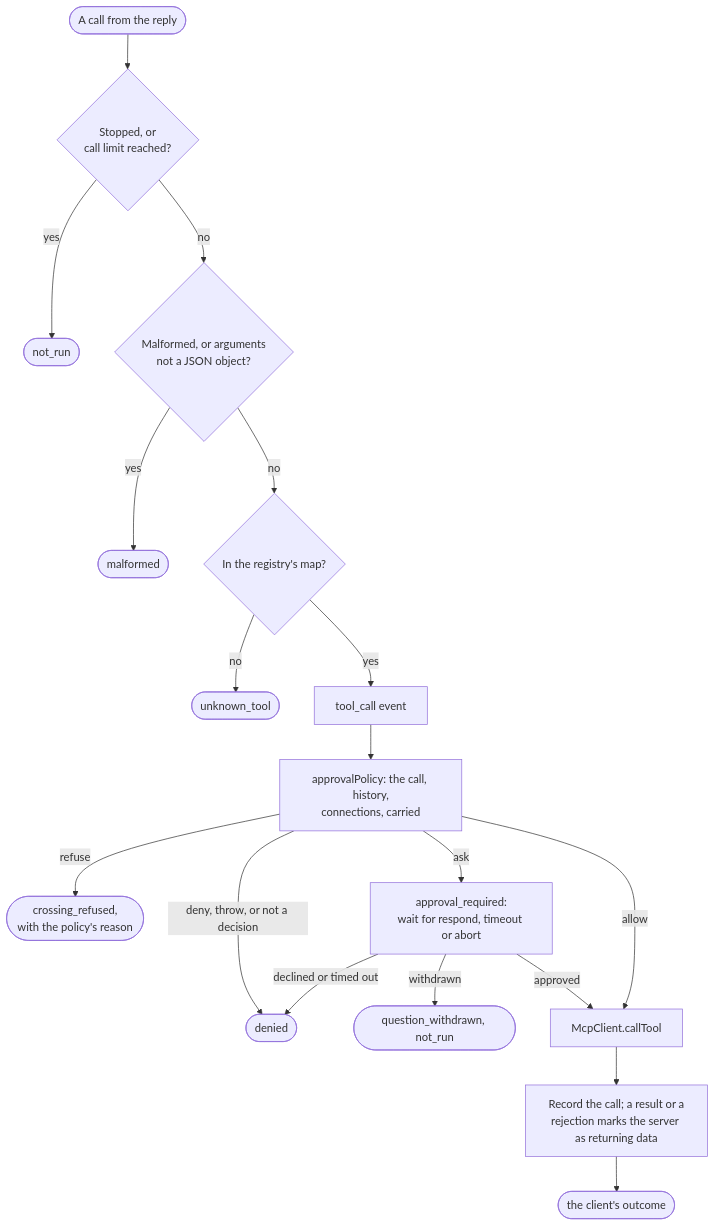
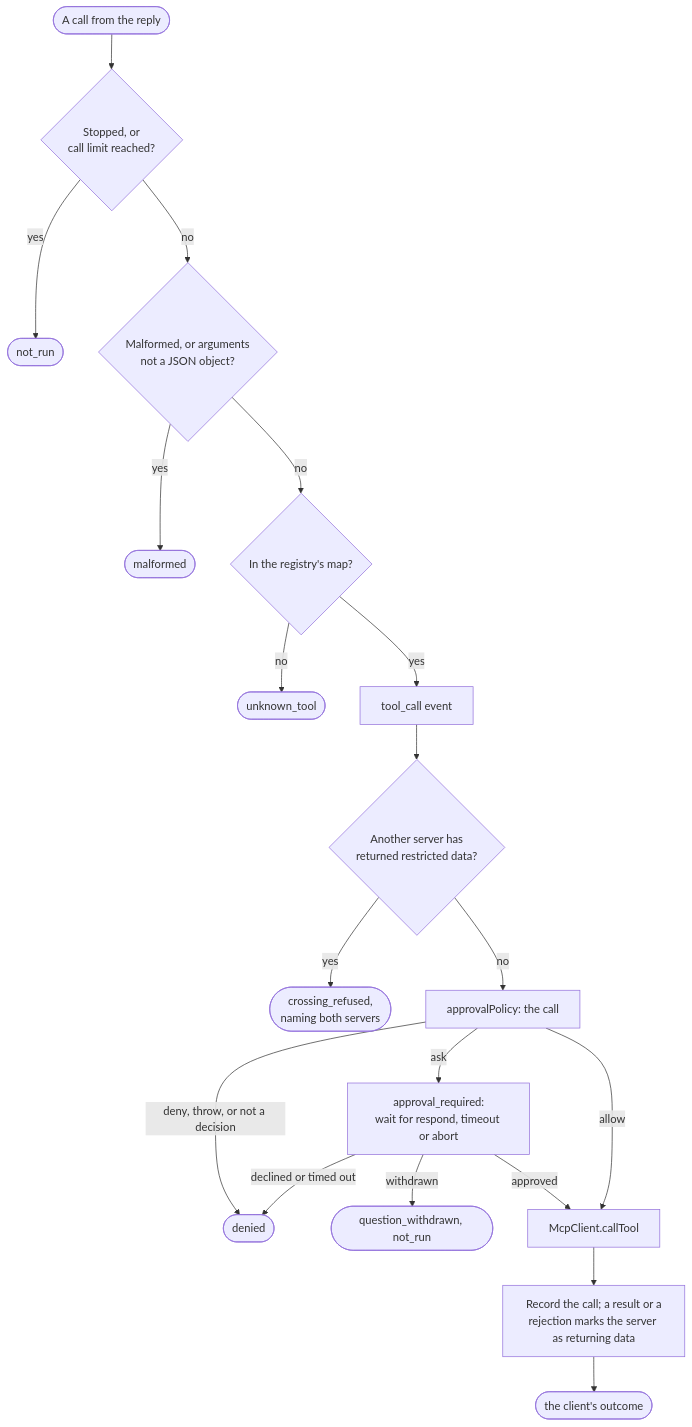
The fifth of 7 diagrams in modules/mcp-host-core/docs/architecture.md (overture-stack/arranger), drawn with Mermaid before and after one commit. The commit also changed other lines of this file and 9 other files, not shown here.

````diff
--- a/modules/mcp-host-core/docs/architecture.md
+++ b/modules/mcp-host-core/docs/architecture.md
@@ -165,20 +167,21 @@
 ```mermaid
 flowchart TD
     call(["A call from the reply"]) --> limit{"Stopped, or<br/>call limit reached?"}
     limit -->|"yes"| notRun(["not_run"])
     limit -->|"no"| malformed{"Malformed, or arguments<br/>not a JSON object?"}
     malformed -->|"yes"| parse(["malformed"])
     malformed -->|"no"| route{"In the registry's map?"}
     route -->|"no"| unknown(["unknown_tool"])
     route -->|"yes"| toolCall["tool_call event"]
-    toolCall --> policy["approvalPolicy: the call, history,<br/>connections, carried"]
+    toolCall --> crossing{"Another server has<br/>returned restricted data?"}
+    crossing -->|"yes"| refused(["crossing_refused,<br/>naming both servers"])
+    crossing -->|"no"| policy["approvalPolicy: the call"]
     policy -->|"deny, throw, or not a decision"| denied(["denied"])
-    policy -->|"refuse"| refused(["crossing_refused,<br/>with the policy's reason"])
     policy -->|"ask"| ask["approval_required:<br/>wait for respond, timeout or abort"]
     ask -->|"declined or timed out"| denied
     ask -->|"withdrawn"| withdrawn(["question_withdrawn, not_run"])
     ask -->|"approved"| send
     policy -->|"allow"| send["McpClient.callTool"]
     send --> record["Record the call; a result or a<br/>rejection marks the server as returning data"]
     record --> outcome(["the client's outcome"])
 ```
````
